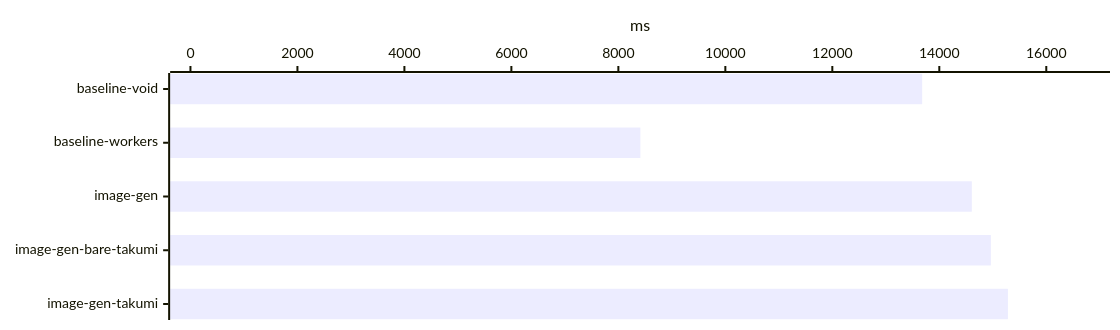
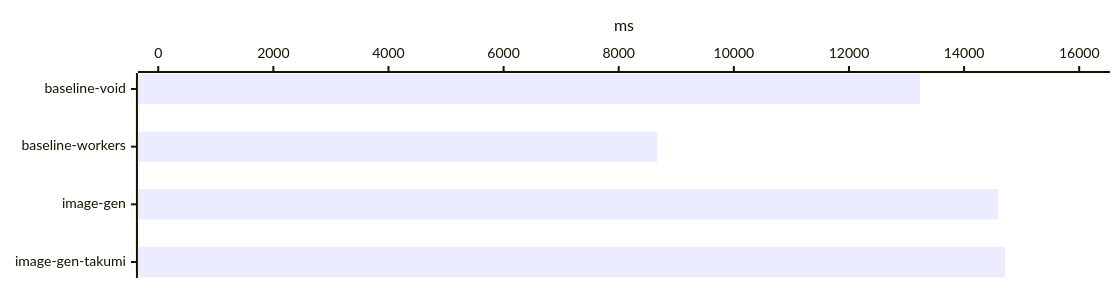
The sixth of 25 diagrams in benchmark/report.md (voidzero-dev/void), drawn with Mermaid before and after one commit. The commit also changed other lines of this file and 6 other files, not shown here.

````diff
--- a/benchmark/report.md
+++ b/benchmark/report.md
@@ -117,12 +115,12 @@
 ```mermaid
 ---
 config:
   xyChart:
     width: 1100
-    height: 310
+    height: 268
 ---
 xychart-beta horizontal
-    x-axis ["baseline-void", "baseline-workers", "image-gen", "image-gen-bare-takumi", "image-gen-takumi"]
-    y-axis "ms" 0 --> 16811.684
-    bar [13680.044, 8411.5204, 14607.731, 14963.854, 15283.349]
+    x-axis ["baseline-void", "baseline-workers", "image-gen", "image-gen-takumi"]
+    y-axis "ms" 0 --> 16182.332
+    bar [13234.209, 8671.0966, 14595.889, 14711.211]
 ```
````
